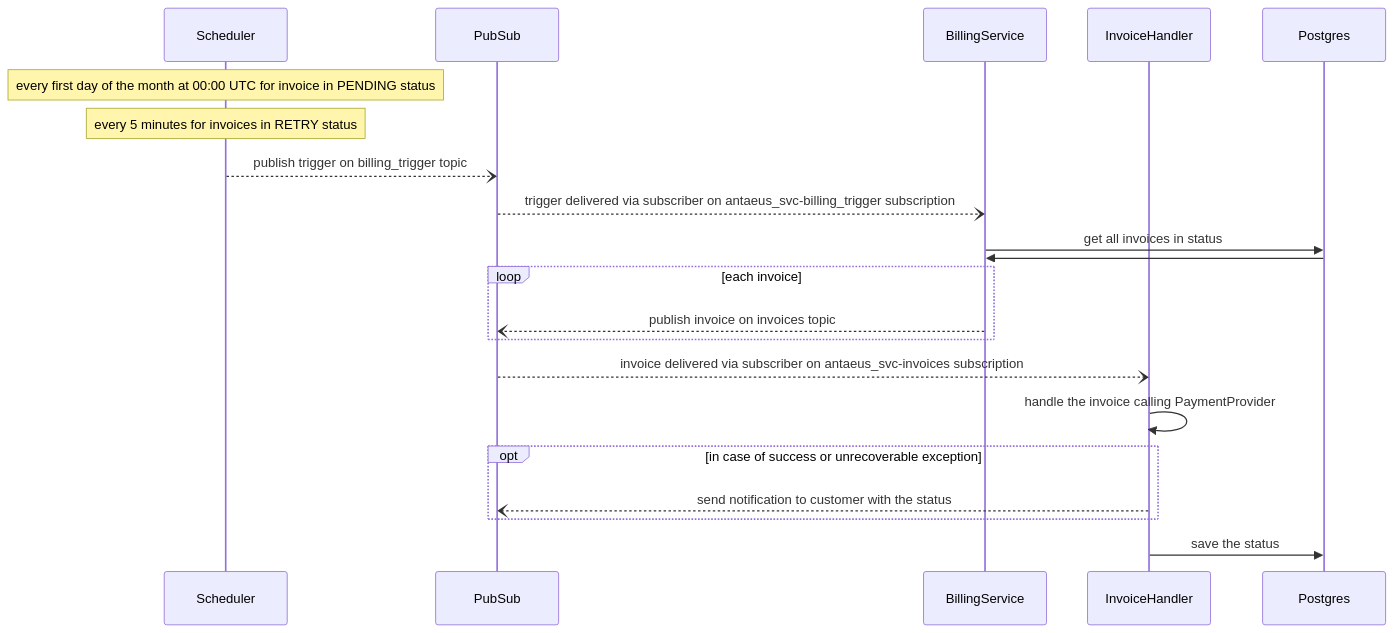
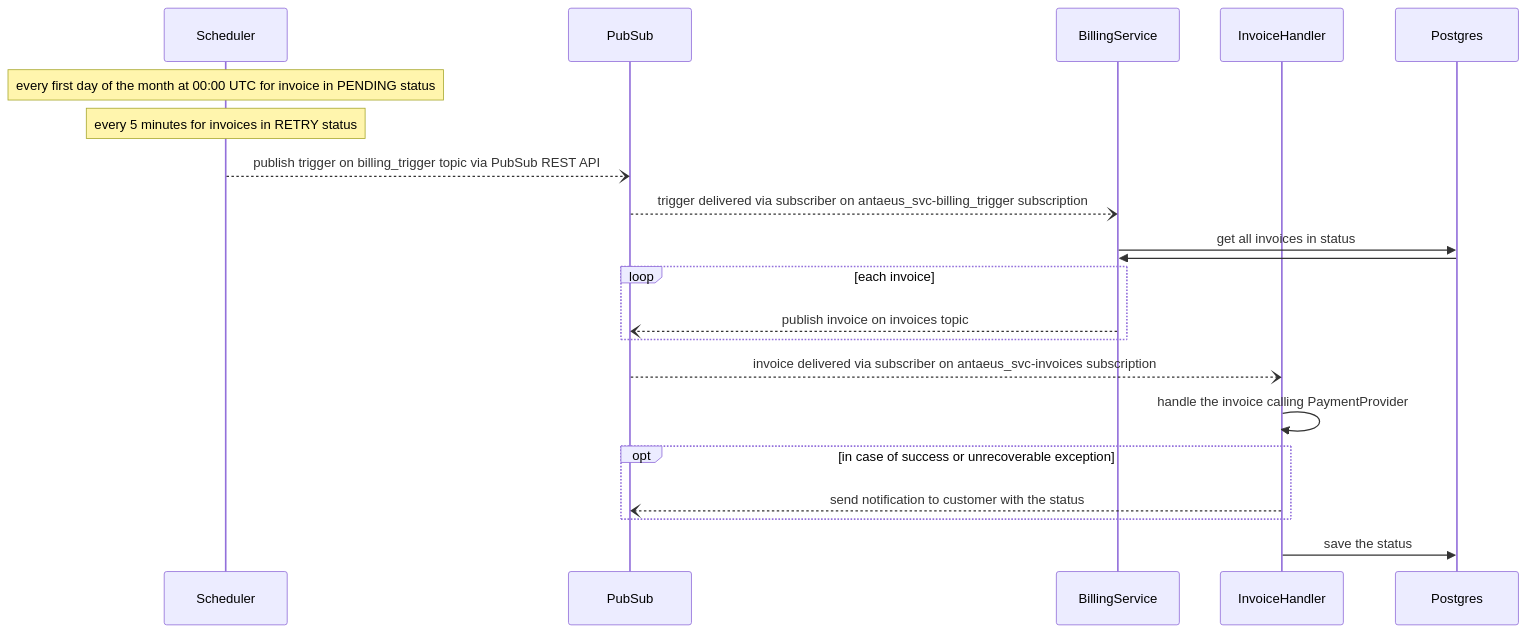
One commit to AlessandroBagnoli/pleo-be-challenge changed the diagram in README.md. Above: the diagram before and after it, drawn with Mermaid. The commit also changed other lines of this file, not shown here.

`````diff
--- a/README.md
+++ b/README.md
@@ -37,23 +86,23 @@
 ````mermaid
 sequenceDiagram
         participant CS as Scheduler
         participant PS as PubSub
         participant BS as BillingService
         participant IH as InvoiceHandler
         participant PG as Postgres
         Note over CS: every first day of the month at 00:00 UTC for invoice in PENDING status
         Note over CS: every 5 minutes for invoices in RETRY status
-        CS--)PS: publish trigger on billing_trigger topic
+        CS--)PS: publish trigger on billing_trigger topic via PubSub REST API
         PS--)BS: trigger delivered via subscriber on antaeus_svc-billing_trigger subscription
         BS->>PG: get all invoices in status
         PG->>BS: 
         loop each invoice
             BS--)PS: publish invoice on invoices topic
         end
         PS--)IH: invoice delivered via subscriber on antaeus_svc-invoices subscription
         IH->>IH: handle the invoice calling PaymentProvider
         opt in case of success or unrecoverable exception
             IH--)PS: send notification to customer with the status
         end
         IH->>PG: save the status
 ````
`````
